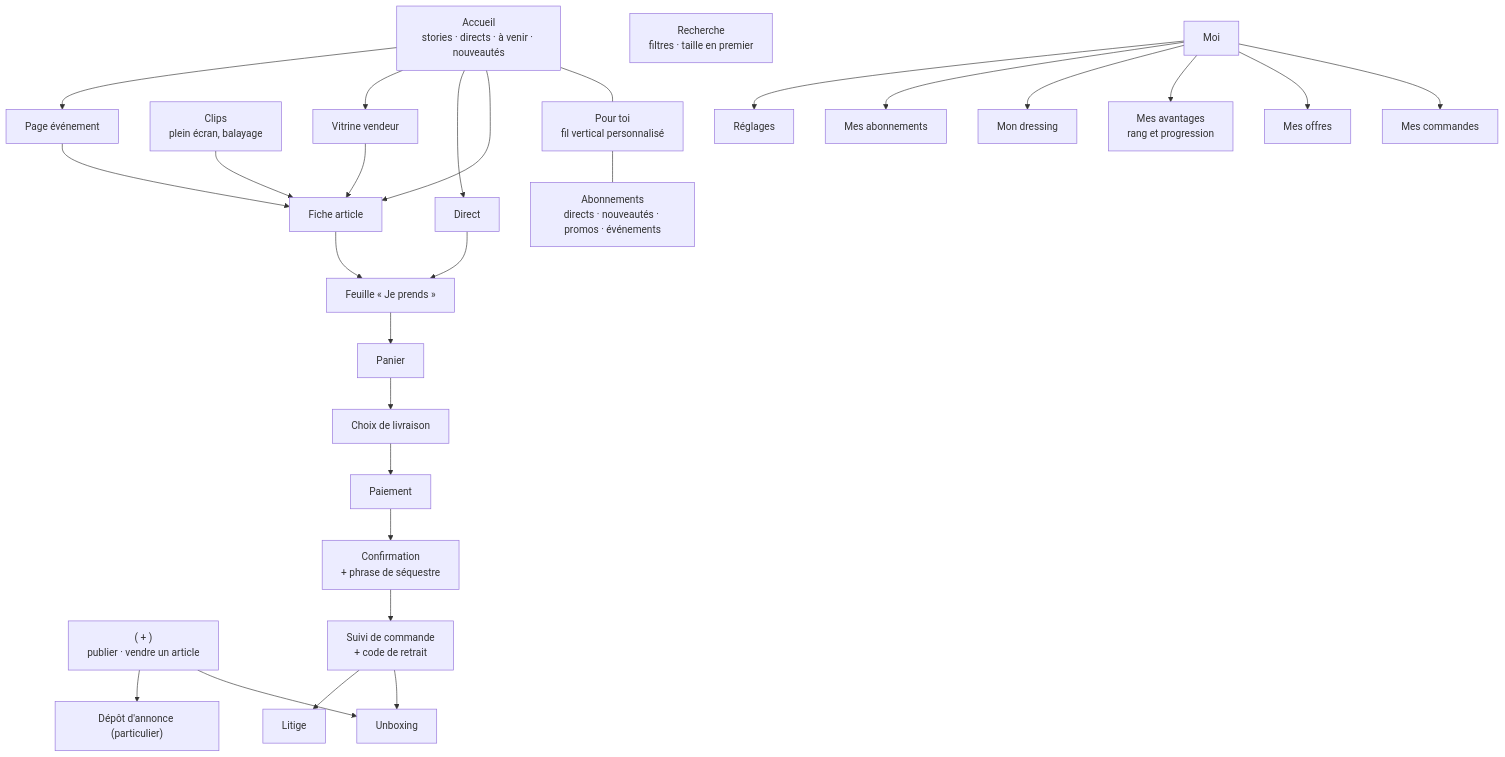
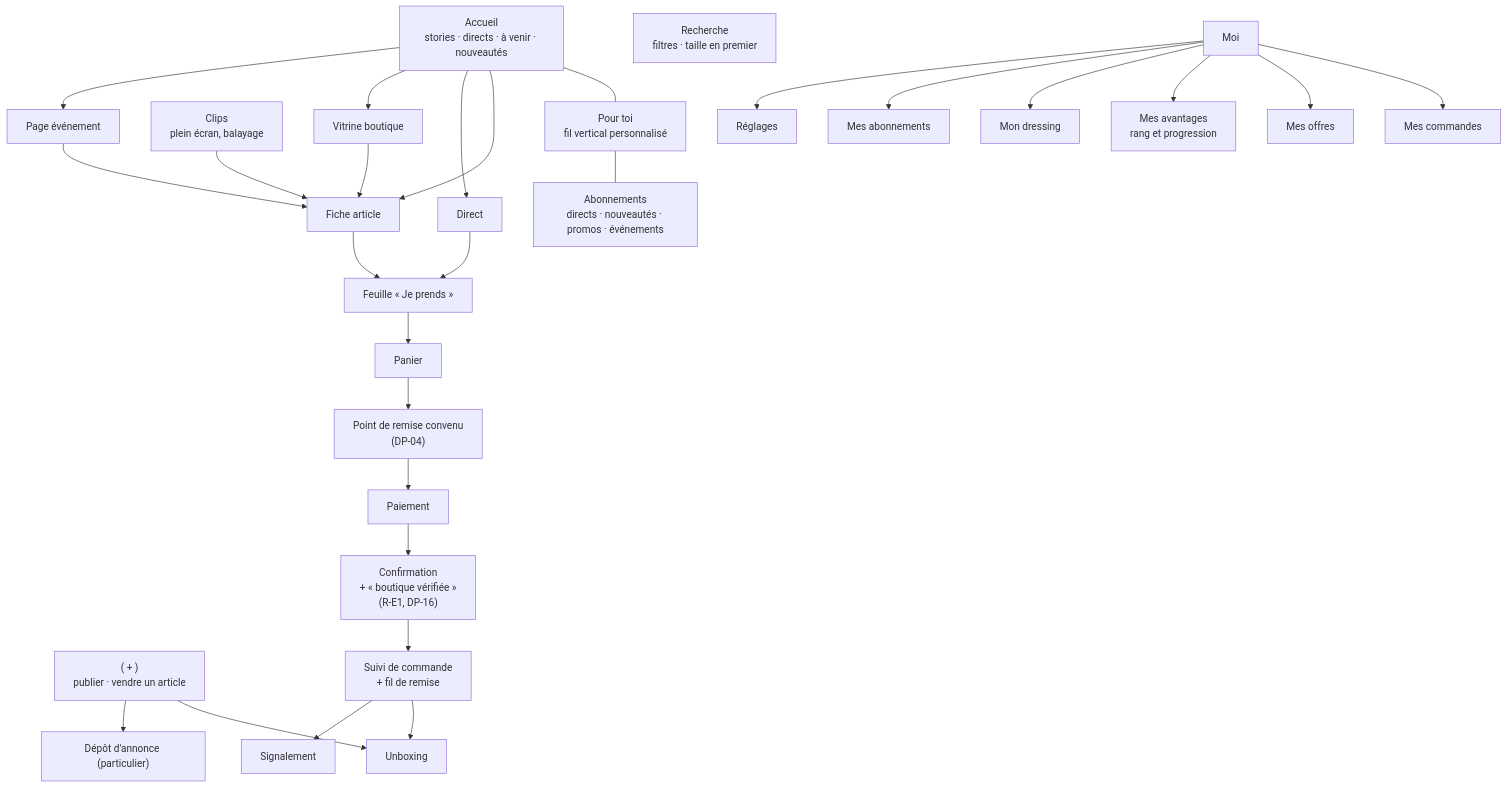
One commit to andokevin/jp changed the third of 4 diagrams in docs/JP_CONCEPTION_APP.md. Above: the diagram before and after it, drawn with Mermaid. The commit also changed other lines of this file and 58 other files, not shown here.

````diff
--- a/docs/JP_CONCEPTION_APP.md
+++ b/docs/JP_CONCEPTION_APP.md
@@ -261,36 +272,36 @@
 ```mermaid
 flowchart TD
     ACC["Accueil<br/>stories · directs · à venir · nouveautés"]
     POUR["Pour toi<br/>fil vertical personnalisé"]
     ABO["Abonnements<br/>directs · nouveautés · promos · événements"]
     CLIPS["Clips<br/>plein écran, balayage"]
     PLUS["( + )<br/>publier · vendre un article"]
     RECH["Recherche<br/>filtres · taille en premier"]
     MOI["Moi"]
 
     ACC --- POUR --- ABO
     ACC --> FICHE["Fiche article"]
     ACC --> DIRECT["Direct"]
-    ACC --> VIT["Vitrine vendeur"]
+    ACC --> VIT["Vitrine boutique"]
     ACC --> EVT["Page événement"]
     CLIPS --> FICHE
     FICHE --> JEP["Feuille « Je prends »"]
     DIRECT --> JEP
     JEP --> PANIER["Panier"]
-    PANIER --> LIVR["Choix de livraison"]
+    PANIER --> LIVR["Point de remise convenu<br/>(DP-04)"]
     LIVR --> PAIE["Paiement"]
-    PAIE --> CONF["Confirmation<br/>+ phrase de séquestre"]
-    CONF --> SUIVI["Suivi de commande<br/>+ code de retrait"]
+    PAIE --> CONF["Confirmation<br/>+ « boutique vérifiée »<br/>(R-E1, DP-16)"]
+    CONF --> SUIVI["Suivi de commande<br/>+ fil de remise"]
     SUIVI --> UNB["Unboxing"]
-    SUIVI --> LITIGE["Litige"]
+    SUIVI --> LITIGE["Signalement"]
     PLUS --> UNB
     PLUS --> ANNONCE["Dépôt d'annonce (particulier)"]
     MOI --> CMDS["Mes commandes"]
     MOI --> OFFRES["Mes offres"]
     MOI --> AVANT["Mes avantages<br/>rang et progression"]
     MOI --> DRESS["Mon dressing"]
     MOI --> ABOS["Mes abonnements"]
     MOI --> REG["Réglages"]
     VIT --> FICHE
     EVT --> FICHE
 ```
````
